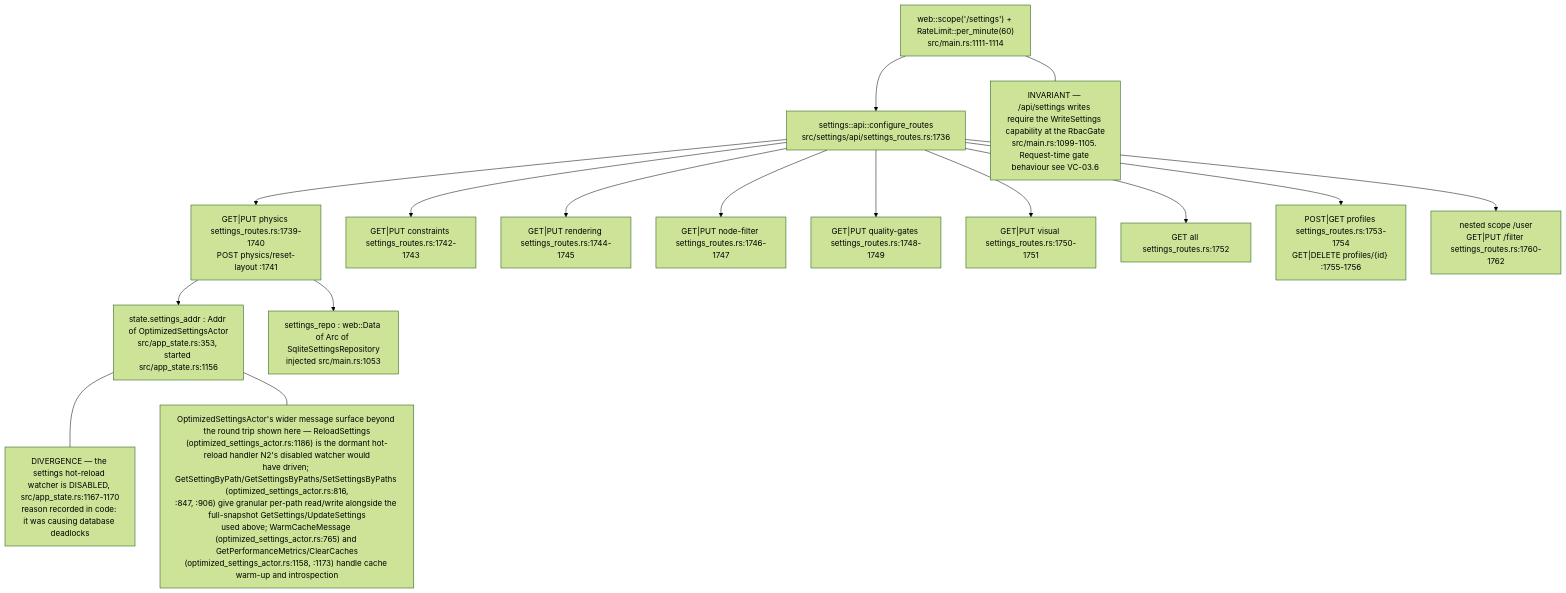
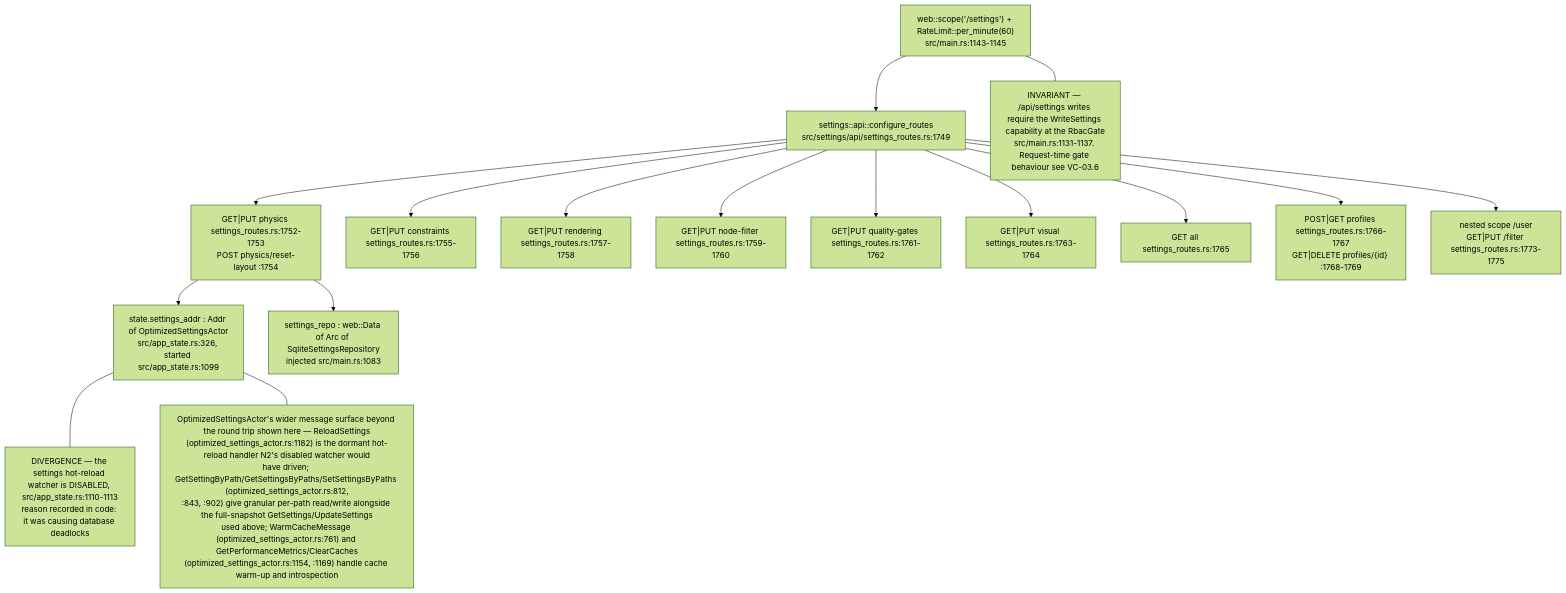
One commit to DreamLab-AI/VisionFlow changed the first of 8 diagrams in docs/diagrams/visionclaw/06-settings-round-trip.md. Above: the diagram before and after it, drawn with Mermaid (forest theme). The commit also changed other lines of this file and 160 other files, not shown here.

````diff
--- a/docs/diagrams/visionclaw/06-settings-round-trip.md
+++ b/docs/diagrams/visionclaw/06-settings-round-trip.md
@@ -32,24 +34,24 @@
 ```mermaid
 flowchart TB
-    S["web::scope('/settings') + RateLimit::per_minute(60)<br/>src/main.rs:1111-1114"]
-    S --> CFG["settings::api::configure_routes<br/>src/settings/api/settings_routes.rs:1736"]
-    CFG --> P["GET|PUT physics settings_routes.rs:1739-1740<br/>POST physics/reset-layout :1741"]
-    CFG --> C["GET|PUT constraints settings_routes.rs:1742-1743"]
-    CFG --> R["GET|PUT rendering settings_routes.rs:1744-1745"]
-    CFG --> NF["GET|PUT node-filter settings_routes.rs:1746-1747"]
-    CFG --> QG["GET|PUT quality-gates settings_routes.rs:1748-1749"]
-    CFG --> V["GET|PUT visual settings_routes.rs:1750-1751"]
-    CFG --> AL["GET all settings_routes.rs:1752"]
-    CFG --> PR["POST|GET profiles settings_routes.rs:1753-1754<br/>GET|DELETE profiles/{id} :1755-1756"]
-    CFG --> U["nested scope /user<br/>GET|PUT /filter settings_routes.rs:1760-1762"]
-    ACT["state.settings_addr : Addr of OptimizedSettingsActor<br/>src/app_state.rs:353, started src/app_state.rs:1156"]
-    REPO["settings_repo : web::Data of Arc of SqliteSettingsRepository<br/>injected src/main.rs:1053"]
+    S["web::scope('/settings') + RateLimit::per_minute(60)<br/>src/main.rs:1143-1145"]
+    S --> CFG["settings::api::configure_routes<br/>src/settings/api/settings_routes.rs:1749"]
+    CFG --> P["GET|PUT physics settings_routes.rs:1752-1753<br/>POST physics/reset-layout :1754"]
+    CFG --> C["GET|PUT constraints settings_routes.rs:1755-1756"]
+    CFG --> R["GET|PUT rendering settings_routes.rs:1757-1758"]
+    CFG --> NF["GET|PUT node-filter settings_routes.rs:1759-1760"]
+    CFG --> QG["GET|PUT quality-gates settings_routes.rs:1761-1762"]
+    CFG --> V["GET|PUT visual settings_routes.rs:1763-1764"]
+    CFG --> AL["GET all settings_routes.rs:1765"]
+    CFG --> PR["POST|GET profiles settings_routes.rs:1766-1767<br/>GET|DELETE profiles/{id} :1768-1769"]
+    CFG --> U["nested scope /user<br/>GET|PUT /filter settings_routes.rs:1773-1775"]
+    ACT["state.settings_addr : Addr of OptimizedSettingsActor<br/>src/app_state.rs:326, started src/app_state.rs:1099"]
+    REPO["settings_repo : web::Data of Arc of SqliteSettingsRepository<br/>injected src/main.rs:1083"]
     P --> ACT
     P --> REPO
-    N1["INVARIANT — /api/settings writes require the WriteSettings capability at the RbacGate<br/>src/main.rs:1099-1105. Request-time gate behaviour see VC-03.6"]
+    N1["INVARIANT — /api/settings writes require the WriteSettings capability at the RbacGate<br/>src/main.rs:1131-1137. Request-time gate behaviour see VC-03.6"]
     S --- N1
-    N2["DIVERGENCE — the settings hot-reload watcher is DISABLED, src/app_state.rs:1167-1170<br/>reason recorded in code: it was causing database deadlocks"]
+    N2["DIVERGENCE — the settings hot-reload watcher is DISABLED, src/app_state.rs:1110-1113<br/>reason recorded in code: it was causing database deadlocks"]
     ACT --- N2
-    N3["OptimizedSettingsActor's wider message surface beyond the round trip shown here — ReloadSettings<br/>(optimized_settings_actor.rs:1186) is the dormant hot-reload handler N2's disabled watcher would<br/>have driven; GetSettingByPath/GetSettingsByPaths/SetSettingsByPaths (optimized_settings_actor.rs:816,<br/>:847, :906) give granular per-path read/write alongside the full-snapshot GetSettings/UpdateSettings<br/>used above; WarmCacheMessage (optimized_settings_actor.rs:765) and GetPerformanceMetrics/ClearCaches<br/>(optimized_settings_actor.rs:1158, :1173) handle cache warm-up and introspection"]
+    N3["OptimizedSettingsActor's wider message surface beyond the round trip shown here — ReloadSettings<br/>(optimized_settings_actor.rs:1182) is the dormant hot-reload handler N2's disabled watcher would<br/>have driven; GetSettingByPath/GetSettingsByPaths/SetSettingsByPaths (optimized_settings_actor.rs:812,<br/>:843, :902) give granular per-path read/write alongside the full-snapshot GetSettings/UpdateSettings<br/>used above; WarmCacheMessage (optimized_settings_actor.rs:761) and GetPerformanceMetrics/ClearCaches<br/>(optimized_settings_actor.rs:1154, :1169) handle cache warm-up and introspection"]
     ACT --- N3
 ```
````
